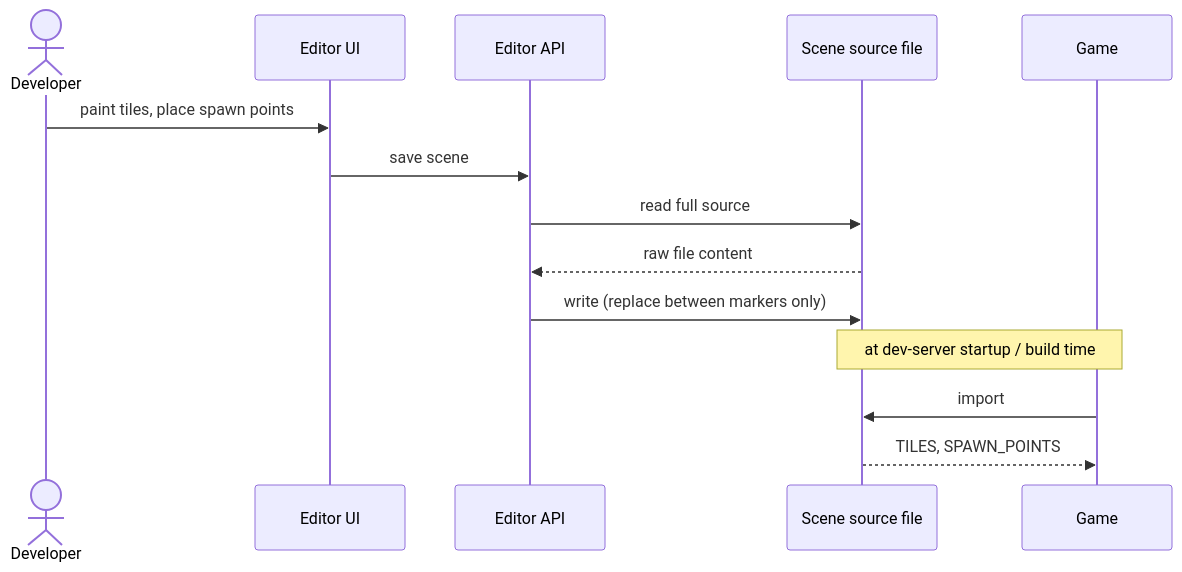
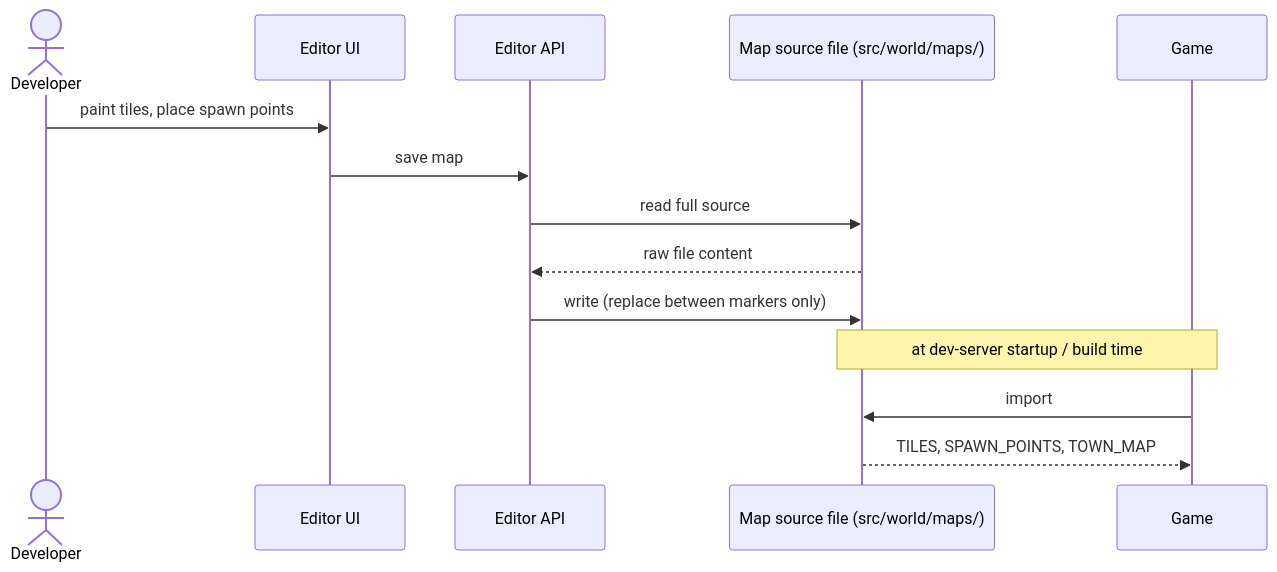
Before and after one commit to cbuchert/graham-jam: the diagram in documents/decisions/0003-editor-game-contract-marker-blocks.md, drawn with Mermaid. The commit also changed other lines of this file and 8 other files, not shown here.

First line of the commit message:
refactor: move tile data to world/maps, fix upward dependency, rename to map editor

````diff
--- a/documents/decisions/0003-editor-game-contract-marker-blocks.md
+++ b/documents/decisions/0003-editor-game-contract-marker-blocks.md
@@ -19,18 +21,18 @@
 ```mermaid
 sequenceDiagram
     actor Dev as Developer
     participant UI as Editor UI
     participant API as Editor API
-    participant File as Scene source file
+    participant File as Map source file (src/world/maps/)
     participant Game
 
     Dev->>UI: paint tiles, place spawn points
-    UI->>API: save scene
+    UI->>API: save map
     API->>File: read full source
     File-->>API: raw file content
     API->>File: write (replace between markers only)
 
     Note over Game,File: at dev-server startup / build time
     Game->>File: import
-    File-->>Game: TILES, SPAWN_POINTS
+    File-->>Game: TILES, SPAWN_POINTS, TOWN_MAP
 ```
````
